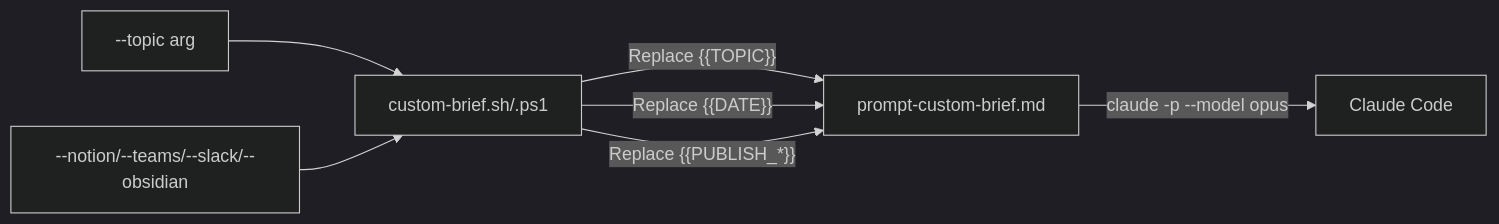
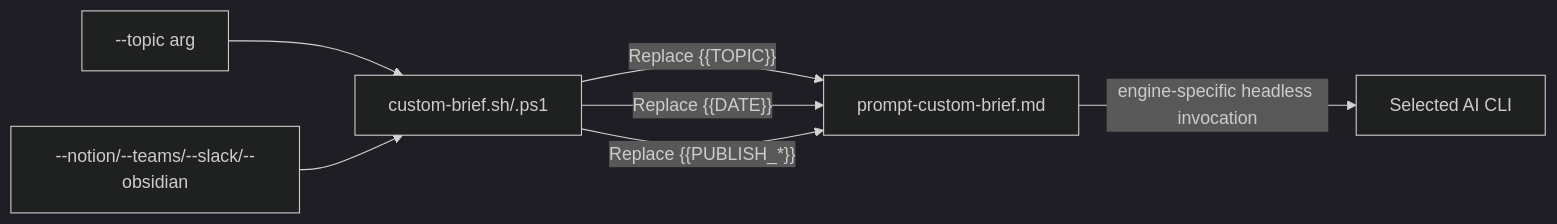
One commit to apelleg/freight-intel-brief changed diagram 11 of 20 in ARCHITECTURE.md. Above: the diagram before and after it, drawn with Mermaid (dark theme). The commit also changed other lines of this file and 2 other files, not shown here.

First line of the commit message:
docs: align architecture and flow with engine logic

````diff
--- a/ARCHITECTURE.md
+++ b/ARCHITECTURE.md
@@ -637,9 +637,9 @@
 ```mermaid
 flowchart LR
     T["--topic arg"] --> S["custom-brief.sh/.ps1"]
     F["--notion/--teams/--slack/--obsidian"] --> S
     S -->|"Replace {{TOPIC}}"| P["prompt-custom-brief.md"]
     S -->|"Replace {{DATE}}"| P
     S -->|"Replace {{PUBLISH_*}}"| P
-    P -->|"claude -p --model opus"| C[Claude Code]
+    P -->|"engine-specific headless invocation"| C[Selected AI CLI]
 ```
````
